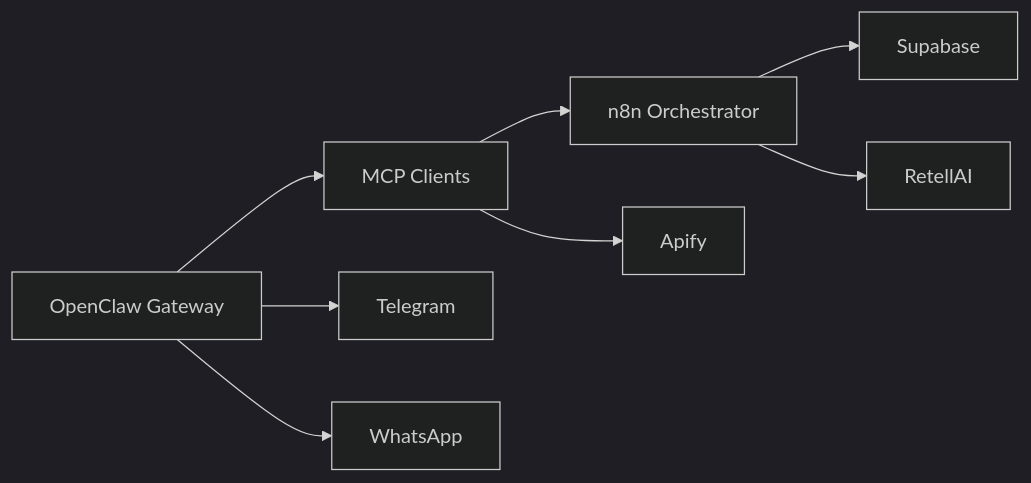
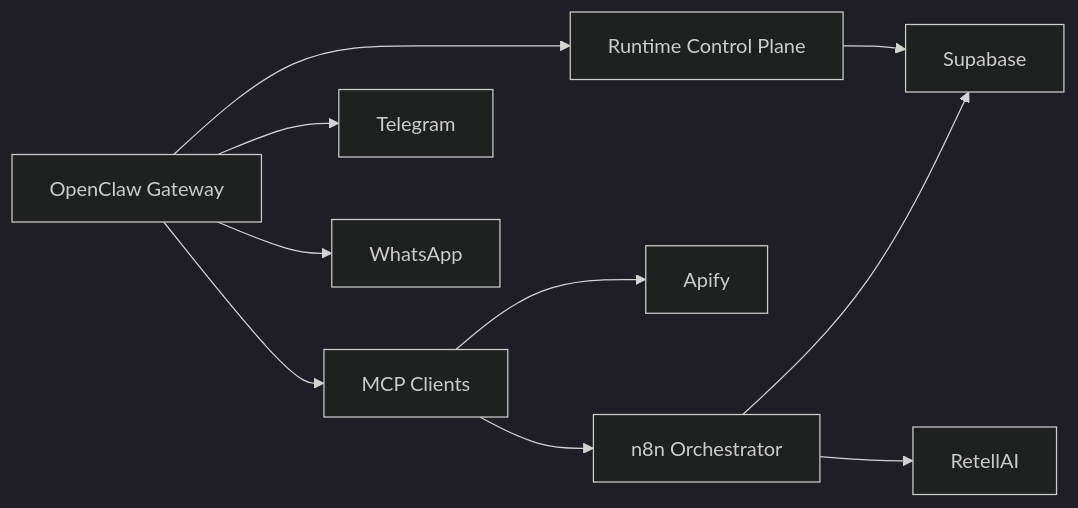
Before and after one commit to Elijah-Wallis/eve-toc-build: the diagram in ARCHITECTURE.md, drawn with Mermaid (dark theme). The commit also changed other lines of this file and 42 other files, not shown here.

Commit message:
Add runtime control plane, stabilize Telegram polling, and sanitize workflow secrets

````diff
--- a/ARCHITECTURE.md
+++ b/ARCHITECTURE.md
@@ -5,10 +5,12 @@
 ```mermaid
 flowchart LR
   OC["OpenClaw Gateway"] --> MCP["MCP Clients"]
   MCP --> N8N["n8n Orchestrator"]
   N8N --> SB["Supabase"]
   N8N --> RT["RetellAI"]
   OC --> TG["Telegram"]
   OC --> WH["WhatsApp"]
   MCP --> AP["Apify"]
+  OC --> RTM["Runtime Control Plane"]
+  RTM --> SB
 ```
````
